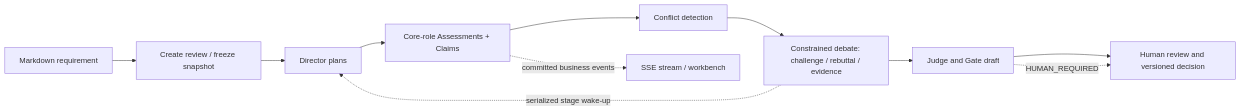
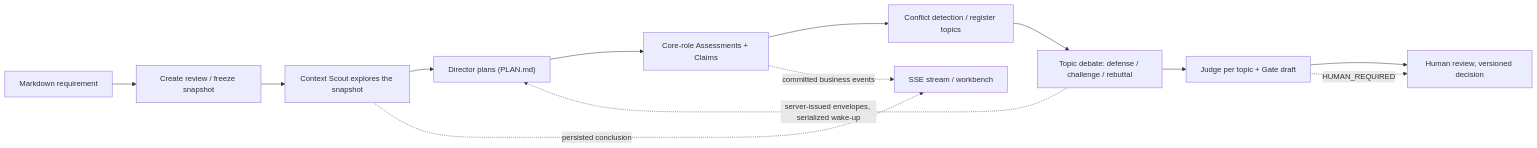
The diagram in README.md (cc-chongming/chongming), drawn with Mermaid before and after one commit. The commit also changed other lines of this file and 2 other files, not shown here.

First line of the commit message:
docs(readme): 双 README 同步 PLAN-023→054 后的平台现状（PLAN-055）

````diff
--- a/README.md
+++ b/README.md
@@ -57,14 +63,16 @@
 ```mermaid
 flowchart LR
     A["Markdown requirement"] --> B["Create review / freeze snapshot"]
-    B --> C["Director plans"]
+    B --> S["Context Scout explores the snapshot"]
+    S --> C["Director plans (PLAN.md)"]
     C --> D["Core-role Assessments + Claims"]
-    D --> E["Conflict detection"]
-    E --> F["Constrained debate: challenge / rebuttal / evidence"]
-    F --> G["Judge and Gate draft"]
-    G --> H["Human review and versioned decision"]
+    D --> E["Conflict detection / register topics"]
+    E --> F["Topic debate: defense / challenge / rebuttal"]
+    F --> G["Judge per topic + Gate draft"]
+    G --> H["Human review, versioned decision"]
 
-    D -. "committed business events" .-> I["SSE stream / workbench"]
-    F -. "serialized stage wake-up" .-> C
+    S -. "persisted conclusion" .-> I["SSE stream / workbench"]
+    D -. "committed business events" .-> I
+    F -. "server-issued envelopes, serialized wake-up" .-> C
     G -. "HUMAN_REQUIRED" .-> H
 ```
````
